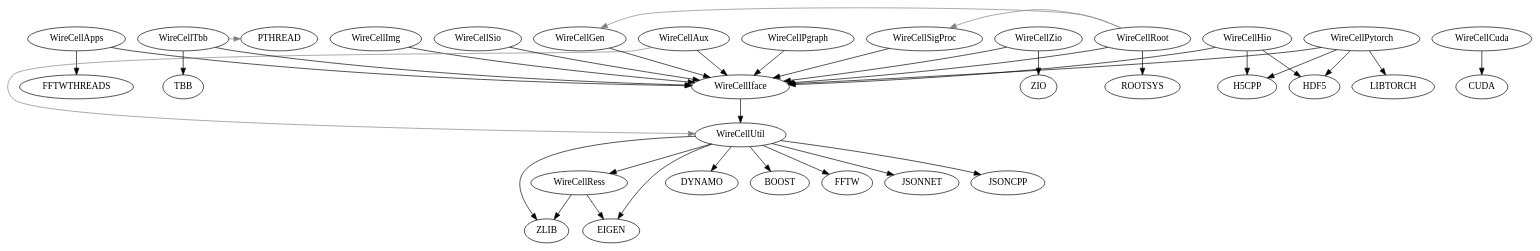
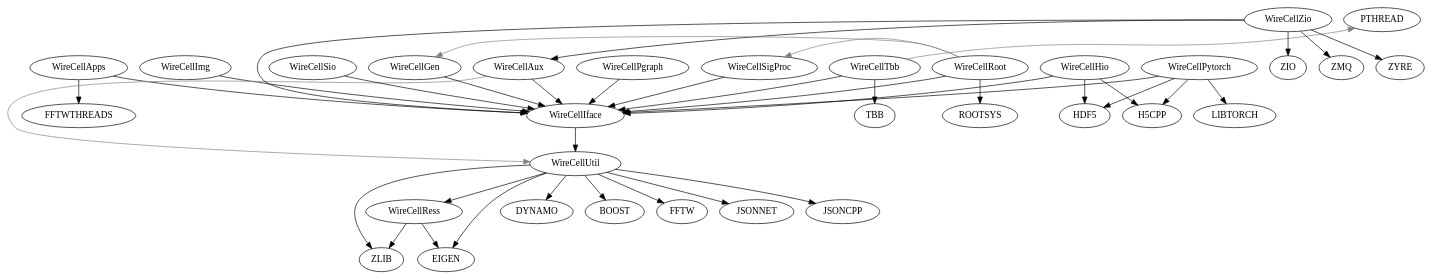
One commit to zhihuadong/wire-cell-toolkit changed the diagram in wct-deps.dot. Above: the diagram before and after it, drawn with Graphviz.

```diff
--- a/wct-deps.dot
+++ b/wct-deps.dot
@@ -1,55 +1,56 @@
 digraph deps {
 	"WireCellPgraph";
 	"WireCellApps";
 	"WireCellSigProc";
 	"WireCellImg";
 	"WireCellAux";
 	"WireCellTbb";
-	"WireCellCuda";
 	"WireCellZio";
 	"WireCellPytorch";
 	"WireCellSio";
 	"WireCellRess";
 	"WireCellIface";
 	"WireCellRoot";
 	"WireCellGen";
 	"WireCellHio";
 	"WireCellUtil";
 	"WireCellPytorch" -> "HDF5"[color="black"];
 	"WireCellApps" -> "FFTWTHREADS"[color="black"];
 	"WireCellRess" -> "ZLIB"[color="black"];
 	"WireCellUtil" -> "DYNAMO"[color="black"];
 	"WireCellAux" -> "WireCellIface"[color="black"];
 	"WireCellUtil" -> "BOOST"[color="black"];
 	"WireCellUtil" -> "ZLIB"[color="black"];
 	"WireCellHio" -> "H5CPP"[color="black"];
 	"WireCellPgraph" -> "WireCellIface"[color="black"];
 	"WireCellHio" -> "HDF5"[color="black"];
 	"WireCellAux" -> "WireCellUtil"[color="gray",constraint=false];
 	"WireCellZio" -> "WireCellIface"[color="black"];
 	"WireCellSigProc" -> "WireCellIface"[color="black"];
 	"WireCellTbb" -> "WireCellIface"[color="black"];
 	"WireCellGen" -> "WireCellIface"[color="black"];
 	"WireCellZio" -> "ZIO"[color="black"];
 	"WireCellRoot" -> "WireCellIface"[color="black"];
 	"WireCellImg" -> "WireCellIface"[color="black"];
 	"WireCellUtil" -> "EIGEN"[color="black"];
 	"WireCellRoot" -> "ROOTSYS"[color="black"];
 	"WireCellUtil" -> "WireCellRess"[color="black"];
-	"WireCellCuda" -> "CUDA"[color="black"];
 	"WireCellRoot" -> "WireCellSigProc"[color="gray",constraint=false];
 	"WireCellTbb" -> "PTHREAD"[color="gray",constraint=false];
 	"WireCellPytorch" -> "H5CPP"[color="black"];
 	"WireCellRoot" -> "WireCellGen"[color="gray",constraint=false];
+	"WireCellZio" -> "ZMQ"[color="black"];
 	"WireCellUtil" -> "FFTW"[color="black"];
 	"WireCellHio" -> "WireCellIface"[color="black"];
 	"WireCellSio" -> "WireCellIface"[color="black"];
 	"WireCellPytorch" -> "WireCellIface"[color="black"];
 	"WireCellPytorch" -> "LIBTORCH"[color="black"];
 	"WireCellUtil" -> "JSONNET"[color="black"];
 	"WireCellRess" -> "EIGEN"[color="black"];
 	"WireCellIface" -> "WireCellUtil"[color="black"];
+	"WireCellZio" -> "WireCellAux"[color="black"];
 	"WireCellTbb" -> "TBB"[color="black"];
 	"WireCellApps" -> "WireCellIface"[color="black"];
 	"WireCellUtil" -> "JSONCPP"[color="black"];
+	"WireCellZio" -> "ZYRE"[color="black"];
 }
```
